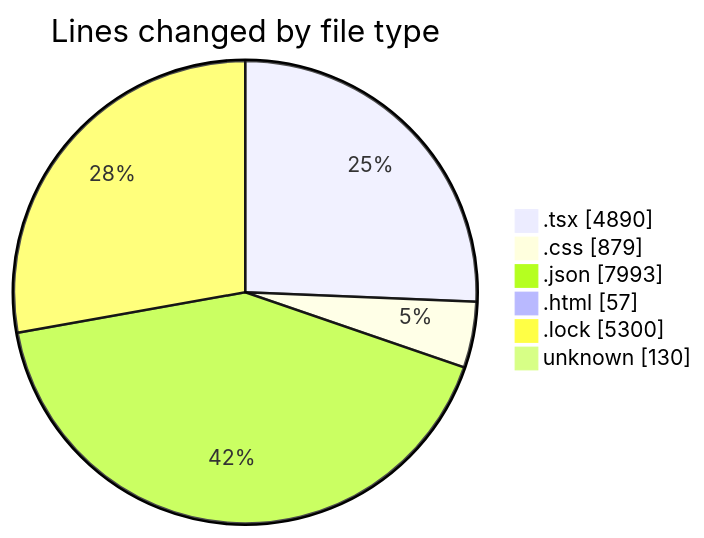
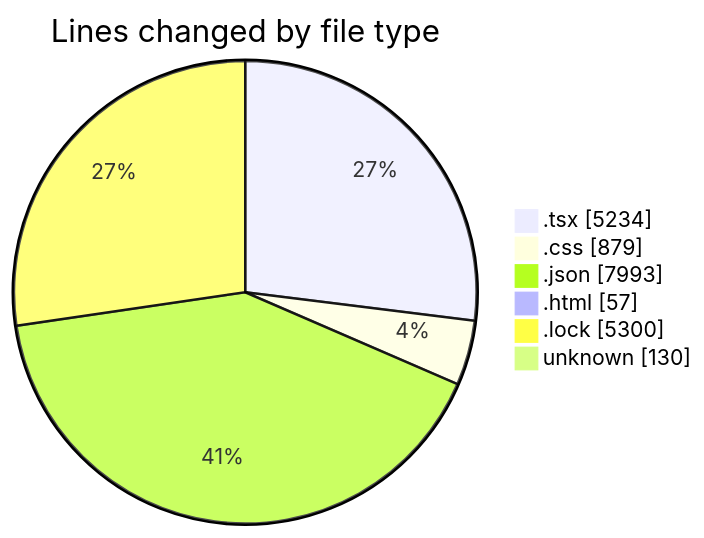
Before and after one commit to EIIisD/code-tracking: the first of 2 diagrams in 2025-08-12/ribbon/README.md, drawn with Mermaid. The commit also changed other lines of this file and 1 other file, not shown here.

````diff
--- a/2025-08-12/ribbon/README.md
+++ b/2025-08-12/ribbon/README.md
@@ -41,10 +44,10 @@
 ```mermaid
 pie showData
 title Lines changed by file type
-".tsx" : 4890
+".tsx" : 5234
 ".css" : 879
 ".json" : 7993
 ".html" : 57
 ".lock" : 5300
 "unknown" : 130
 ```
````
